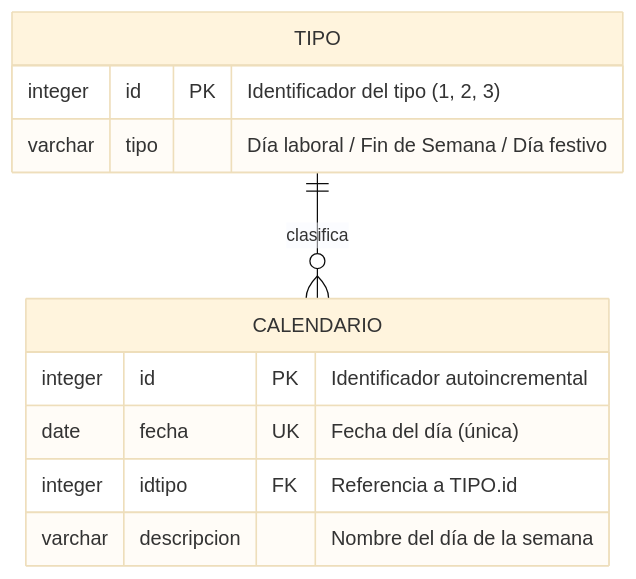
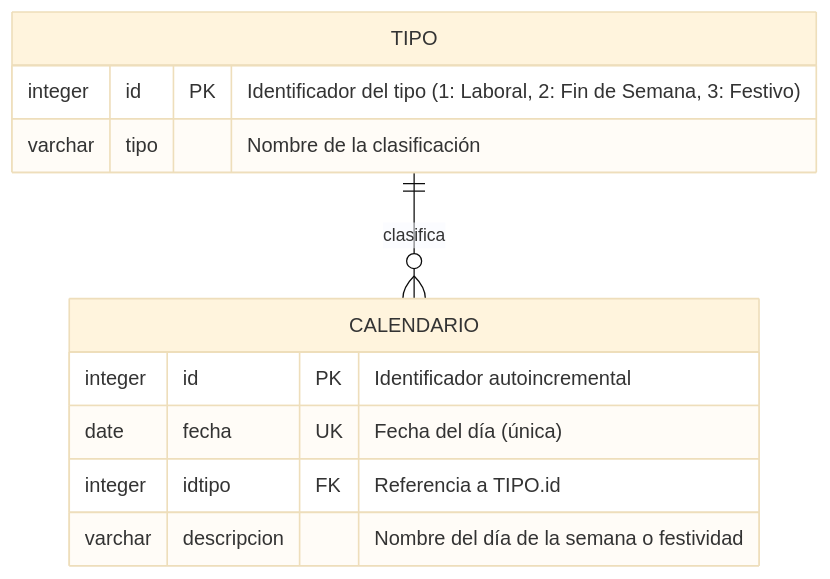
The diagram in diagrama-relacional-calendario.md (CamiloO15H/arquitectura-api-festivos), drawn with Mermaid (base theme) before and after one commit. The commit also changed other lines of this file and 2 other files, not shown here.

Commit message:
docs: migrar arquitectura de calendario a esquema cebolla (onion) segun clase del 1 de octubre

````diff
--- a/diagrama-relacional-calendario.md
+++ b/diagrama-relacional-calendario.md
@@ -24,16 +25,16 @@
 ```mermaid
 erDiagram
     TIPO ||--o{ CALENDARIO : "clasifica"
 
     TIPO {
-        integer id PK "Identificador del tipo (1, 2, 3)"
-        varchar tipo "Día laboral / Fin de Semana / Día festivo"
+        integer id PK "Identificador del tipo (1: Laboral, 2: Fin de Semana, 3: Festivo)"
+        varchar tipo "Nombre de la clasificación"
     }
 
     CALENDARIO {
         integer id PK "Identificador autoincremental"
         date fecha UK "Fecha del día (única)"
         integer idtipo FK "Referencia a TIPO.id"
-        varchar descripcion "Nombre del día de la semana"
+        varchar descripcion "Nombre del día de la semana o festividad"
     }
 ```
````
